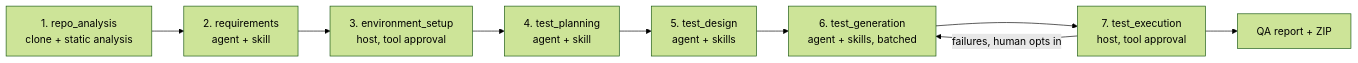
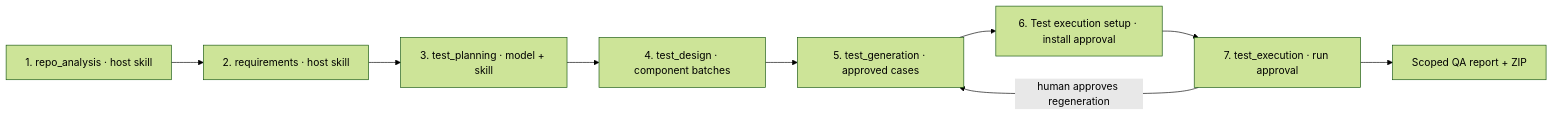
Before and after one commit to sarveshtalele/maf-harness-testing: the diagram in docs/CATALOG.md, drawn with Mermaid (forest theme). The commit also changed other lines of this file and 61 other files, not shown here.

````diff
--- a/docs/CATALOG.md
+++ b/docs/CATALOG.md
@@ -16,11 +16,11 @@
 ```mermaid
 flowchart LR
-  A["1. repo_analysis<br/>clone + static analysis"] --> B["2. requirements<br/>agent + skill"]
-  B --> C["3. environment_setup<br/>host, tool approval"]
-  C --> D["4. test_planning<br/>agent + skill"]
-  D --> E["5. test_design<br/>agent + skills"]
-  E --> F["6. test_generation<br/>agent + skills, batched"]
-  F --> G["7. test_execution<br/>host, tool approval"]
-  G -->|failures, human opts in| F
-  G --> H["QA report + ZIP"]
+  A["1. repo_analysis · host skill"] --> B["2. requirements · host skill"]
+  B --> D["3. test_planning · model + skill"]
+  D --> E["4. test_design · component batches"]
+  E --> F["5. test_generation · approved cases"]
+  F --> C["6. Test execution setup · install approval"]
+  C --> G["7. test_execution · run approval"]
+  G -->|human approves regeneration| F
+  G --> H["Scoped QA report + ZIP"]
 ```
````
